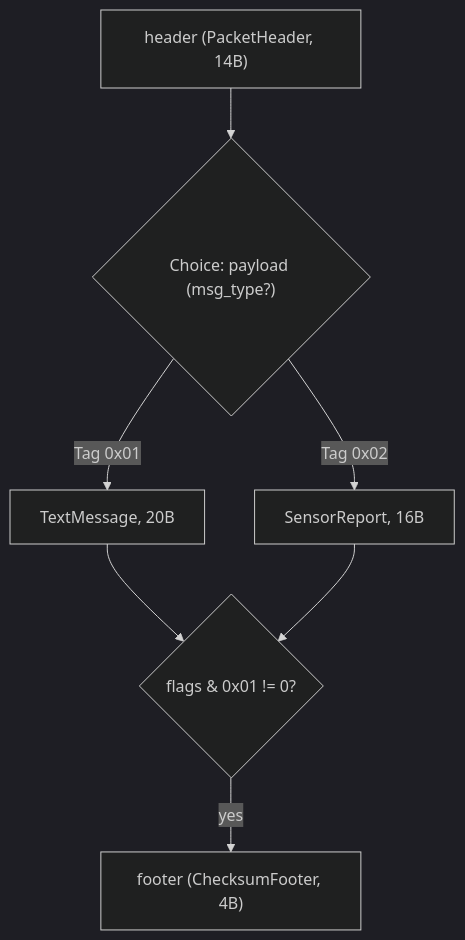
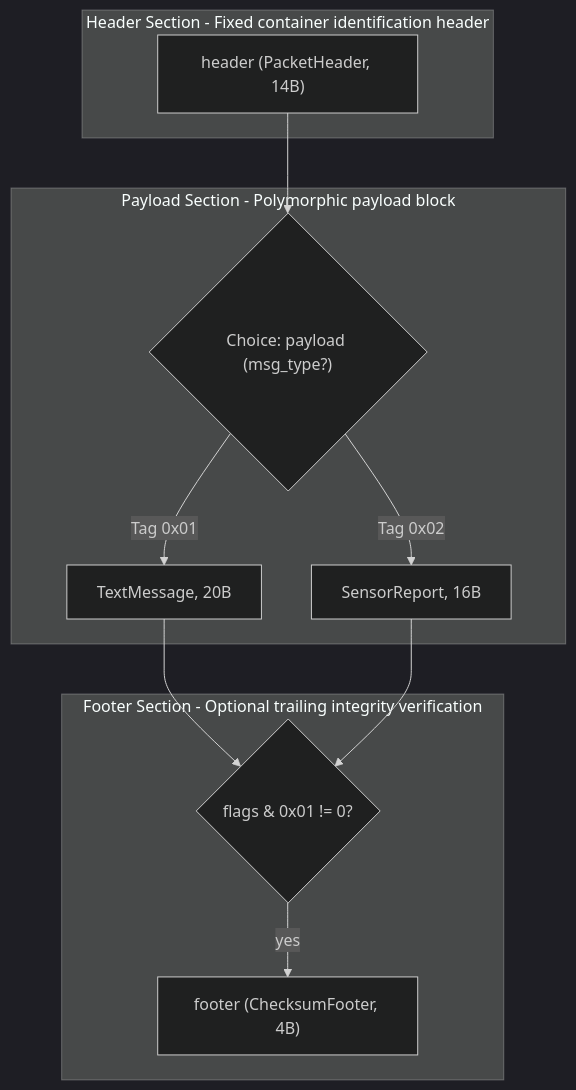
Before and after one commit to tamon-ishii/binary_master: the diagram in sample/telemetry_protocol_spec.md, drawn with Mermaid (dark theme). The commit also changed other lines of this file and 12 other files, not shown here.

First line of the commit message:
feat(builder): add section/caption context managers, Mermaid subgraphs, and schema-driven debug inspection

````diff
--- a/sample/telemetry_protocol_spec.md
+++ b/sample/telemetry_protocol_spec.md
@@ -26,15 +26,21 @@
 ```mermaid
 flowchart TD
-    E1_header["header (PacketHeader, 14B)"]
-    Choice_E2_payload{"Choice: payload (msg_type?)"}
-    E1_header --> Choice_E2_payload
-    V_E2_payload_0["TextMessage, 20B"]
-    Choice_E2_payload -->|"Tag 0x01"| V_E2_payload_0
-    V_E2_payload_1["SensorReport, 16B"]
-    Choice_E2_payload -->|"Tag 0x02"| V_E2_payload_1
-    Cond_E3_footer{"flags & 0x01 != 0?"}
-    V_E2_payload_0 --> Cond_E3_footer
-    V_E2_payload_1 --> Cond_E3_footer
-    E3_footer["footer (ChecksumFooter, 4B)"]
-    Cond_E3_footer -->|yes| E3_footer
+    subgraph SG_1_Header_Section ["Header Section - Fixed container identification header"]
+        E2_header["header (PacketHeader, 14B)"]
+    end
+    subgraph SG_4_Payload_Section ["Payload Section - Polymorphic payload block"]
+        Choice_E5_payload{"Choice: payload (msg_type?)"}
+        E2_header --> Choice_E5_payload
+        V_E5_payload_0["TextMessage, 20B"]
+        Choice_E5_payload -->|"Tag 0x01"| V_E5_payload_0
+        V_E5_payload_1["SensorReport, 16B"]
+        Choice_E5_payload -->|"Tag 0x02"| V_E5_payload_1
+    end
+    subgraph SG_7_Footer_Section ["Footer Section - Optional trailing integrity verification"]
+        Cond_E8_footer{"flags & 0x01 != 0?"}
+        V_E5_payload_0 --> Cond_E8_footer
+        V_E5_payload_1 --> Cond_E8_footer
+        E8_footer["footer (ChecksumFooter, 4B)"]
+        Cond_E8_footer -->|yes| E8_footer
+    end
 ```
````
